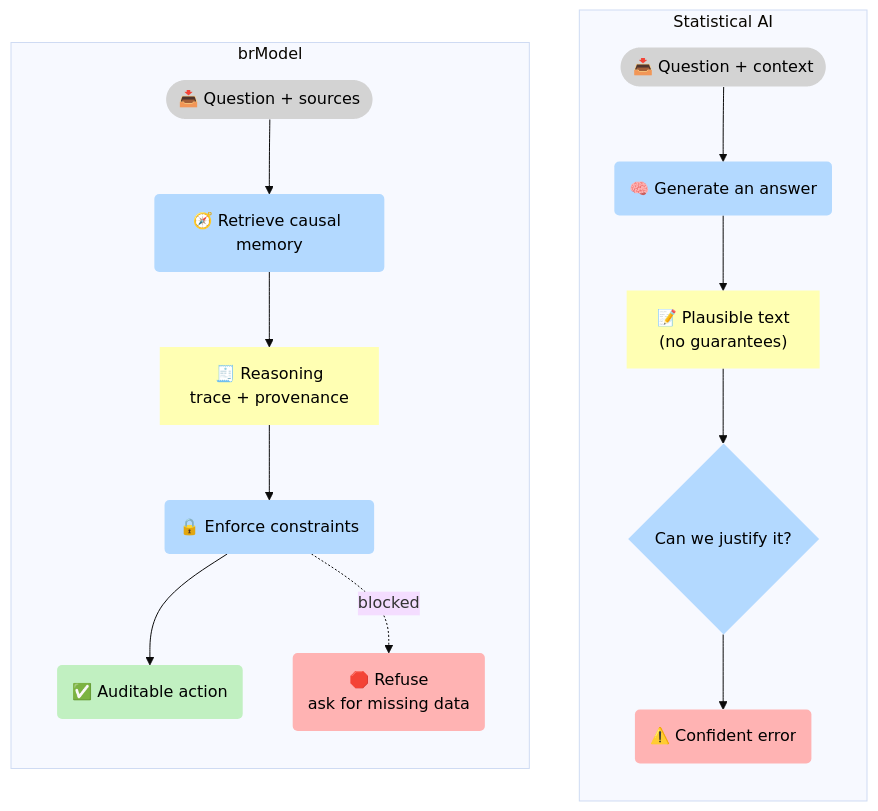
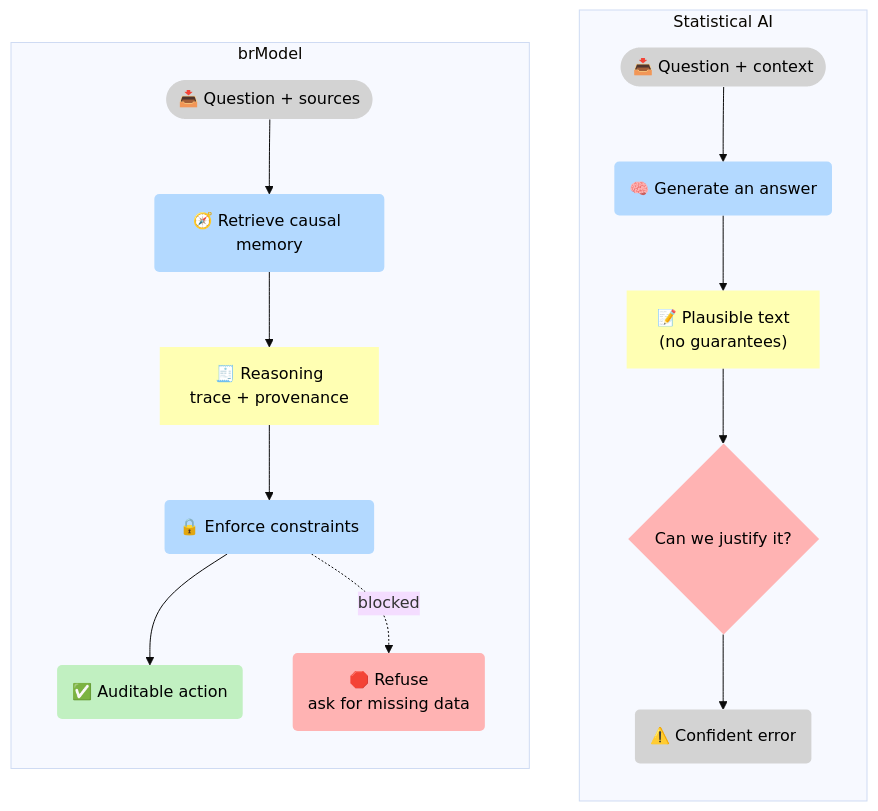
One commit to 5Reasons/5reasons.github.io changed the second of 5 diagrams in docs/index.md. Above: the diagram before and after it, drawn with Mermaid (base theme). The commit also changed other lines of this file, not shown here.

Commit message:
Refactor Mermaid diagram classes: Update class definitions for clarity and consistency in flowchart elements

````diff
--- a/docs/index.md
+++ b/docs/index.md
@@ -154,37 +154,37 @@
 ```mermaid
 flowchart TB
 %% Styles (brModel Standard)
 classDef i fill:#D3D3D3,stroke-width:0px,color:#000;
 classDef p fill:#B3D9FF,stroke-width:0px,color:#000;
 classDef r fill:#FFFFB3,stroke-width:0px,color:#000;
 classDef o fill:#C1F0C1,stroke-width:0px,color:#000;
 classDef s fill:#FFB3B3,stroke-width:0px,color:#000;
 
 subgraph S1["Statistical AI"]
 direction TB
 I_Q1(["📥 Question + context"]):::i
 P_LLM1("🧠 Generate an answer"):::p
 R_Text1["📝 Plausible text<br>(no guarantees)"]:::r
-P_Check1{"Can we justify it?"}:::p
-S_Error1("⚠️ Confident error"):::s
+P_Check1{"Can we justify it?"}:::s
+S_Error1("⚠️ Confident error"):::i
 I_Q1 --> P_LLM1 --> R_Text1 --> P_Check1 --> S_Error1
 end
 
 subgraph S2["brModel"]
 direction TB
 I_Q2(["📥 Question + sources"]):::i
 P_Memory("🧭 Retrieve causal memory"):::p
 R_Trace["🧾 Reasoning<br>trace + provenance"]:::r
 P_Constraints("🔒 Enforce constraints"):::p
 O_Safe("✅ Auditable action"):::o
 S_Block("🛑 Refuse <br>ask for missing data"):::s
 I_Q2 --> P_Memory --> R_Trace --> P_Constraints --> O_Safe
 P_Constraints -. "blocked" .-> S_Block
 end
 
 
 
 click P_Memory "/methodology/causalgraphrag/" "CausalGraphRAG"
 click P_Constraints "/methodology/constraints/" "Constraints & SHACL"
 click R_Trace "/methodology/llm-tool-rag/" "LLM + Tool + RAG"
 ```
````
